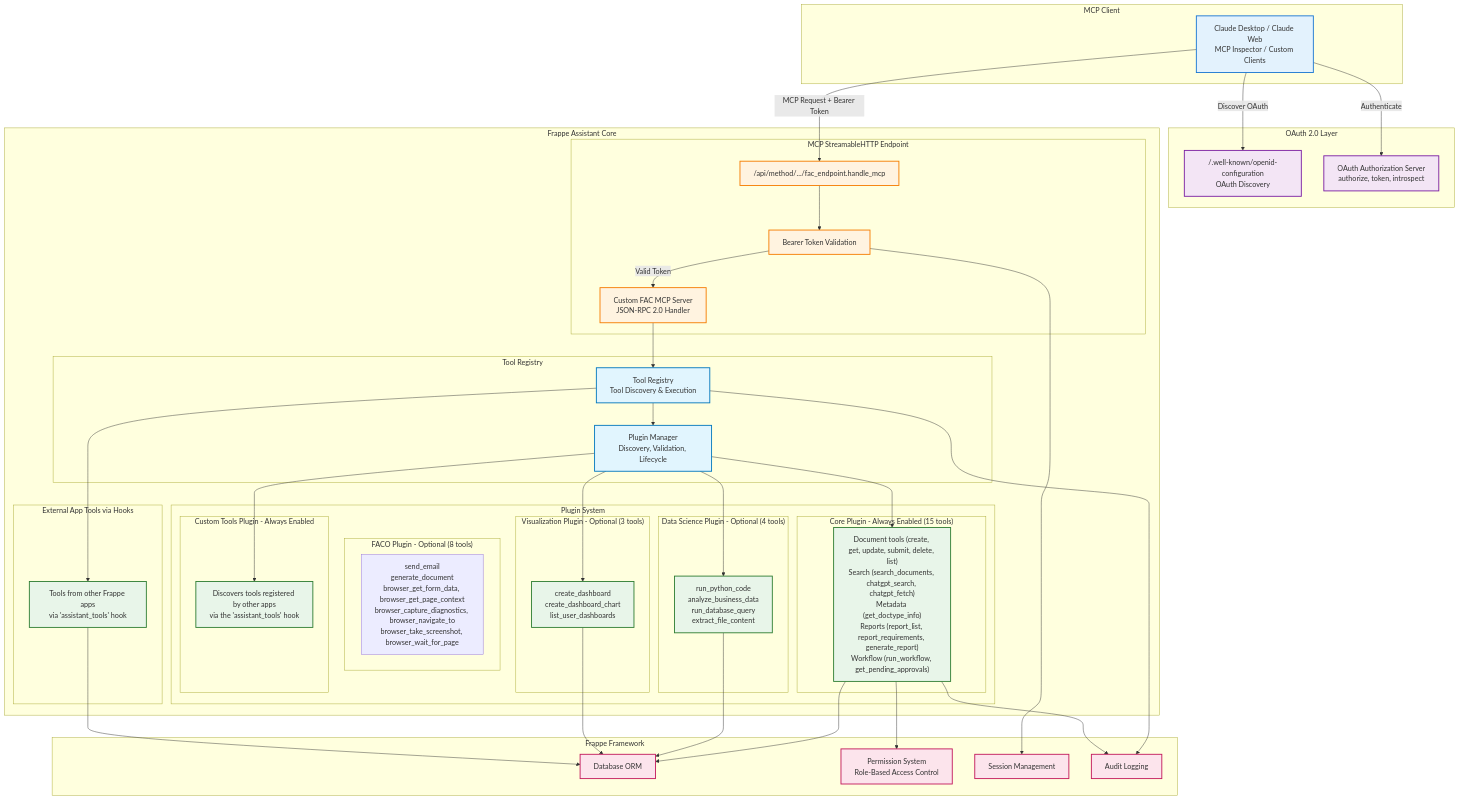
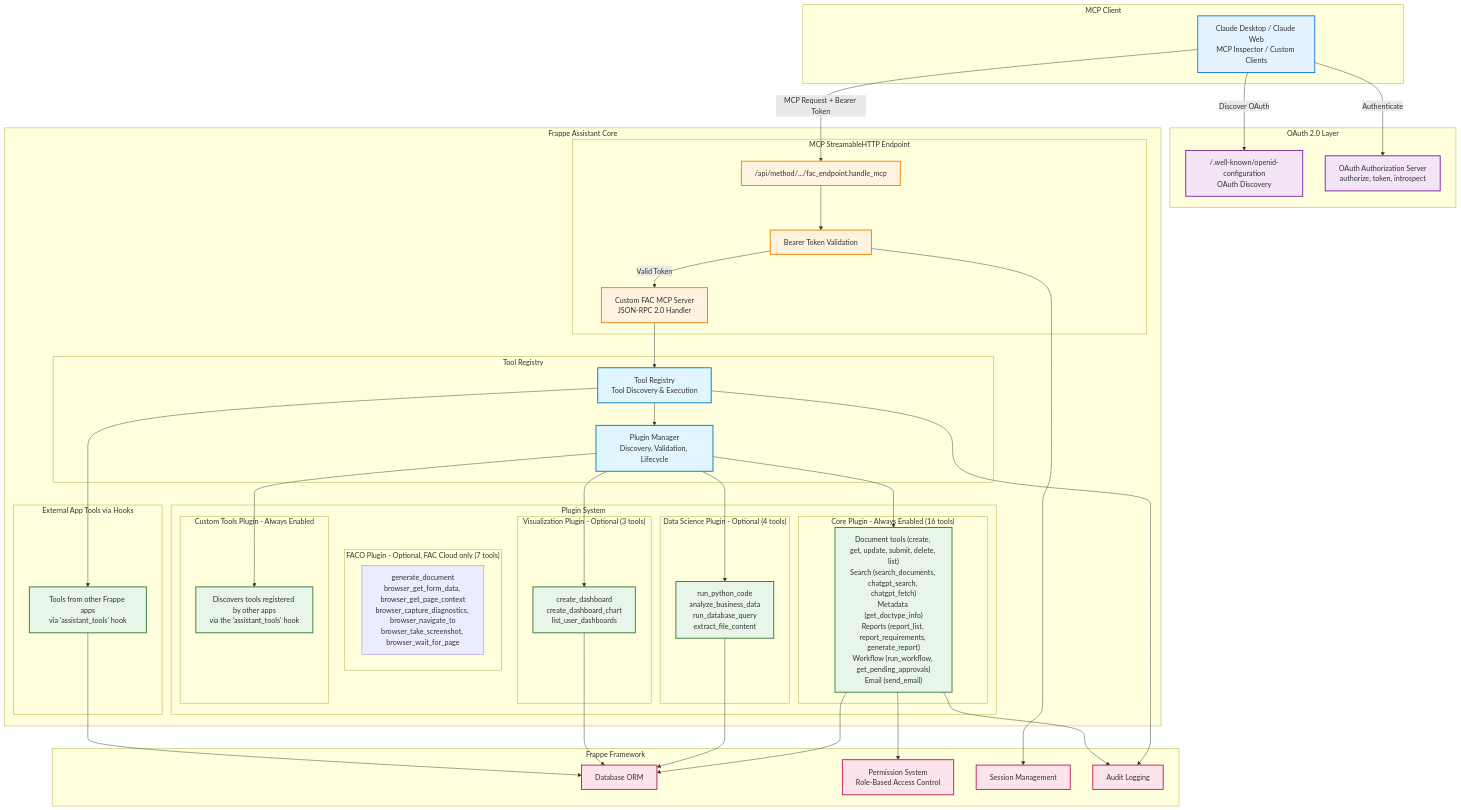
Before and after one commit to buildswithpaul/fac-docs: the first of 2 diagrams in docs/internals/architecture.md, drawn with Mermaid. The commit also changed other lines of this file and 2 other files, not shown here.

First line of the commit message:
docs: faco tools are FAC Cloud only, and send_email is a core tool

```diff
--- a/docs/internals/architecture.md
+++ b/docs/internals/architecture.md
@@ -30,16 +30,16 @@
         end
 
         subgraph "Plugin System"
-            subgraph "Core Plugin - Always Enabled (15 tools)"
-                CoreTools["Document tools (create, get, update, submit, delete, list)<br/>Search (search_documents, chatgpt_search, chatgpt_fetch)<br/>Metadata (get_doctype_info)<br/>Reports (report_list, report_requirements, generate_report)<br/>Workflow (run_workflow, get_pending_approvals)"]
+            subgraph "Core Plugin - Always Enabled (16 tools)"
+                CoreTools["Document tools (create, get, update, submit, delete, list)<br/>Search (search_documents, chatgpt_search, chatgpt_fetch)<br/>Metadata (get_doctype_info)<br/>Reports (report_list, report_requirements, generate_report)<br/>Workflow (run_workflow, get_pending_approvals)<br/>Email (send_email)"]
             end
 
             subgraph "Data Science Plugin - Optional (4 tools)"
                 DataScienceTools["run_python_code<br/>analyze_business_data<br/>run_database_query<br/>extract_file_content"]
             end
 
-            subgraph "FACO Plugin - Optional (8 tools)"
-                FacoTools["send_email<br/>generate_document<br/>browser_get_form_data, browser_get_page_context<br/>browser_capture_diagnostics, browser_navigate_to<br/>browser_take_screenshot, browser_wait_for_page"]
+            subgraph "FACO Plugin - Optional, FAC Cloud only (7 tools)"
+                FacoTools["generate_document<br/>browser_get_form_data, browser_get_page_context<br/>browser_capture_diagnostics, browser_navigate_to<br/>browser_take_screenshot, browser_wait_for_page"]
             end
 
             subgraph "Visualization Plugin - Optional (3 tools)"
```
